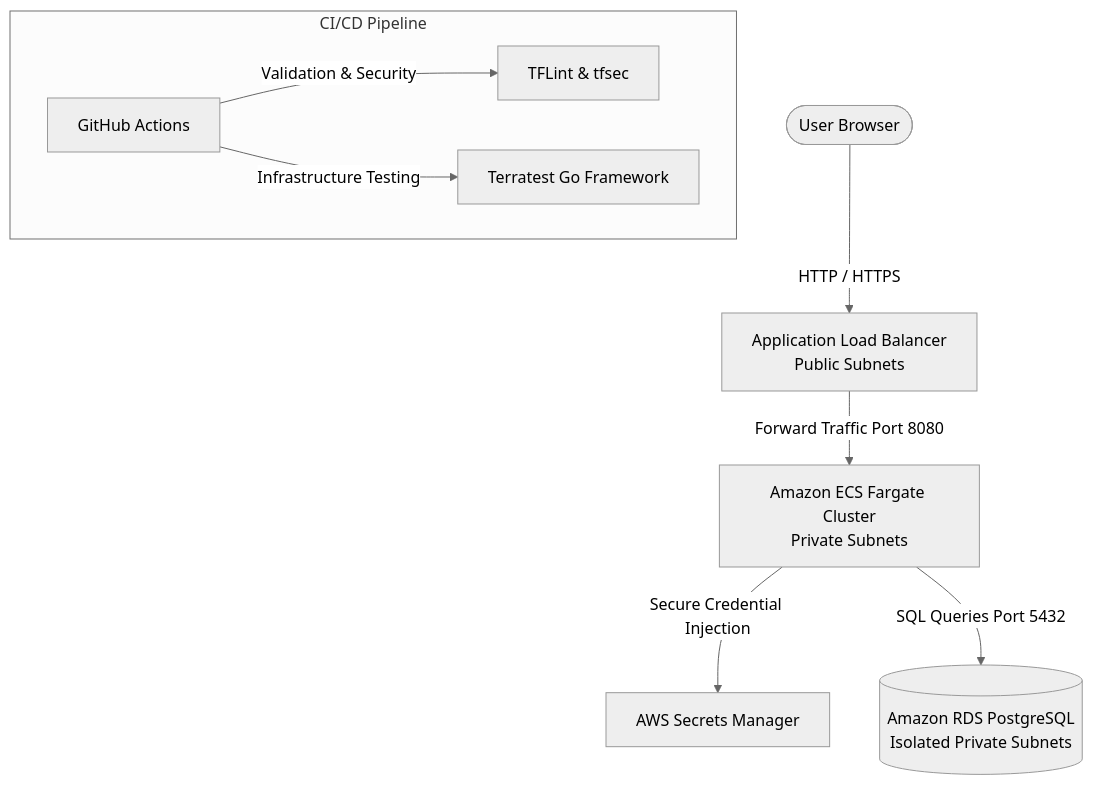
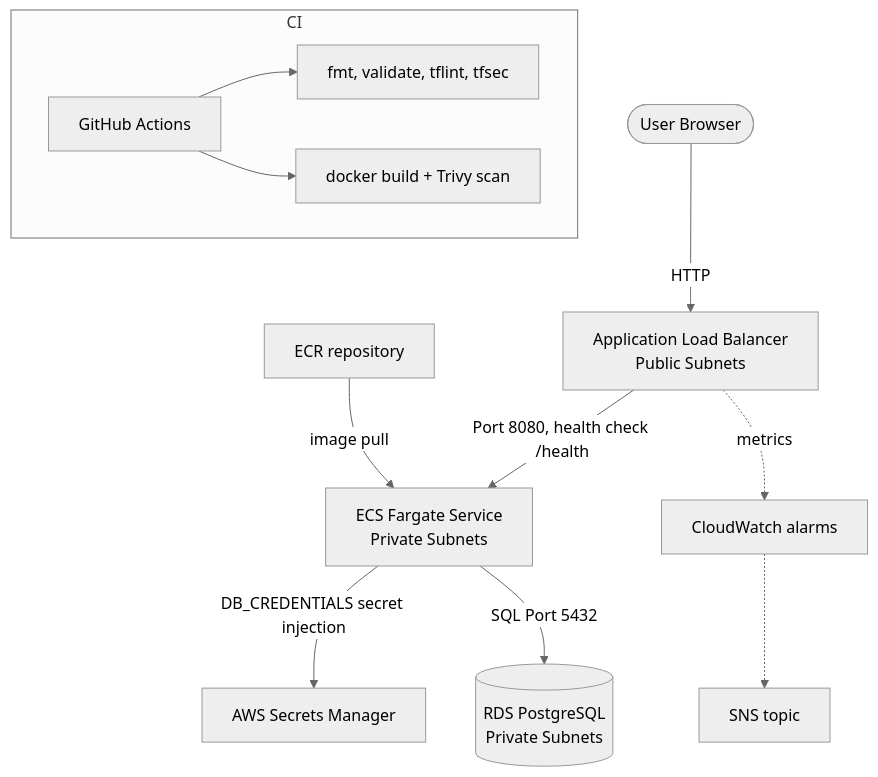
One commit to Adonitologist/aws-ecs-backend-api changed the diagram in README.md. Above: the diagram before and after it, drawn with Mermaid (neutral theme). The commit also changed other lines of this file and 24 other files, not shown here.

Commit message:
Add app, ECR, alarms, runbook and CI image scan

````diff
--- a/README.md
+++ b/README.md
@@ -12,13 +12,14 @@
 ```mermaid
 flowchart TD
-    Client([User Browser]) -->|HTTP / HTTPS| ALB[Application Load Balancer\nPublic Subnets]
-    ALB -->|Forward Traffic Port 8080| ECS[Amazon ECS Fargate Cluster\nPrivate Subnets]
-    ECS -->|Secure Credential Injection| SM[AWS Secrets Manager]
-    ECS -->|SQL Queries Port 5432| RDS[(Amazon RDS PostgreSQL\nIsolated Private Subnets)]
+    Client([User Browser]) -->|HTTP| ALB[Application Load Balancer\nPublic Subnets]
+    ALB -->|Port 8080, health check /health| ECS[ECS Fargate Service\nPrivate Subnets]
+    ECS -->|DB_CREDENTIALS secret injection| SM[AWS Secrets Manager]
+    ECS -->|SQL Port 5432| RDS[(RDS PostgreSQL\nPrivate Subnets)]
+    ECR[ECR repository] -->|image pull| ECS
+    ALB -.->|metrics| CW[CloudWatch alarms] -.-> SNS[SNS topic]
 
-    subgraph CI/CD Pipeline
-        GA[GitHub Actions] -->|Validation & Security| TFL[TFLint & tfsec]
-        GA -->|Infrastructure Testing| TT[Terratest Go Framework]
+    subgraph CI
+        GA[GitHub Actions] --> V[fmt, validate, tflint, tfsec]
+        GA --> D[docker build + Trivy scan]
     end
-
 ```
````
